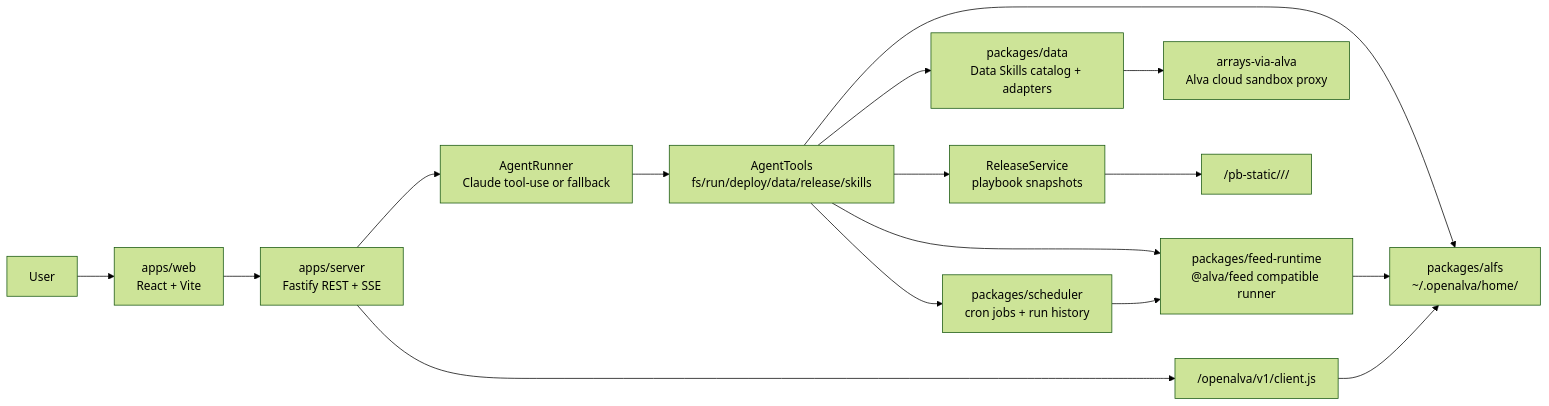
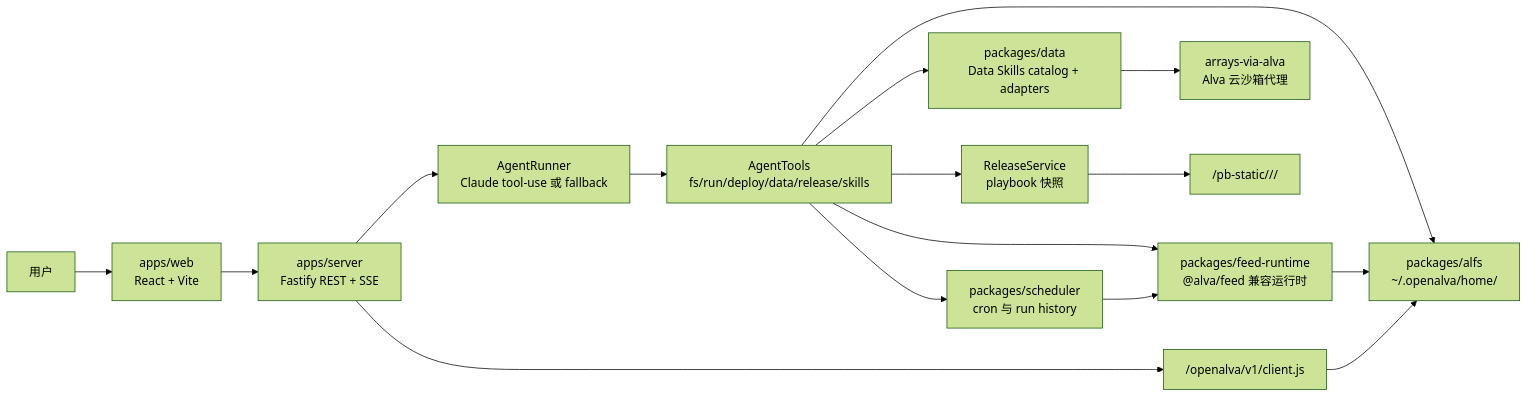
One commit to george351419-sys/OpenAlva changed the first of 5 diagrams in README.md. Above: the diagram before and after it, drawn with Mermaid (forest theme). The commit also changed other lines of this file and 1 other file, not shown here.

````diff
--- a/README.md
+++ b/README.md
@@ -30,18 +32,18 @@
 ```mermaid
 flowchart LR
-  User["User"] --> Web["apps/web\nReact + Vite"]
+  User["用户"] --> Web["apps/web\nReact + Vite"]
   Web --> Server["apps/server\nFastify REST + SSE"]
-  Server --> Agent["AgentRunner\nClaude tool-use or fallback"]
+  Server --> Agent["AgentRunner\nClaude tool-use 或 fallback"]
   Agent --> Tools["AgentTools\nfs/run/deploy/data/release/skills"]
   Tools --> ALFS["packages/alfs\n~/.openalva/home/<user>"]
-  Tools --> FeedRuntime["packages/feed-runtime\n@alva/feed compatible runner"]
-  Tools --> Scheduler["packages/scheduler\ncron jobs + run history"]
+  Tools --> FeedRuntime["packages/feed-runtime\n@alva/feed 兼容运行时"]
+  Tools --> Scheduler["packages/scheduler\ncron 与 run history"]
   Tools --> Data["packages/data\nData Skills catalog + adapters"]
-  Tools --> Release["ReleaseService\nplaybook snapshots"]
-  Data --> Arrays["arrays-via-alva\nAlva cloud sandbox proxy"]
+  Tools --> Release["ReleaseService\nplaybook 快照"]
+  Data --> Arrays["arrays-via-alva\nAlva 云沙箱代理"]
   FeedRuntime --> ALFS
   Scheduler --> FeedRuntime
   Release --> Static["/pb-static/<user>/<playbook>/<version>"]
   Server --> SDK["/openalva/v1/client.js"]
   SDK --> ALFS
 ```
````
